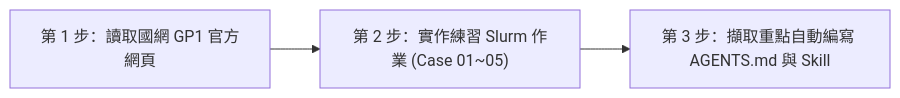
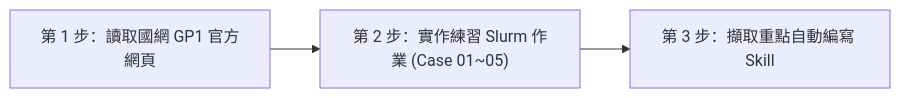
Before and after one commit to gemini960114/nano4-ngs-slurm-skill: the diagram in 03-basic-slurm-and-qc/README.md, drawn with Mermaid. The commit also changed other lines of this file and 5 other files, not shown here.

Commit message:
docs(03): rename chapter to 'Slurm 基礎練習與自訂 Skill', fix AGENTS.md generation wording, tidy exercise 5 prompt

````diff
--- a/03-basic-slurm-and-qc/README.md
+++ b/03-basic-slurm-and-qc/README.md
@@ -11,5 +11,5 @@
 ```mermaid
 flowchart LR
     S1["第 1 步：讀取國網 GP1 官方網頁"] --> S2["第 2 步：實作練習 Slurm 作業 (Case 01~05)"]
-    S2 --> S3["第 3 步：擷取重點自動編寫 AGENTS.md 與 Skill"]
+    S2 --> S3["第 3 步：擷取重點自動編寫 Skill"]
 ```
````
